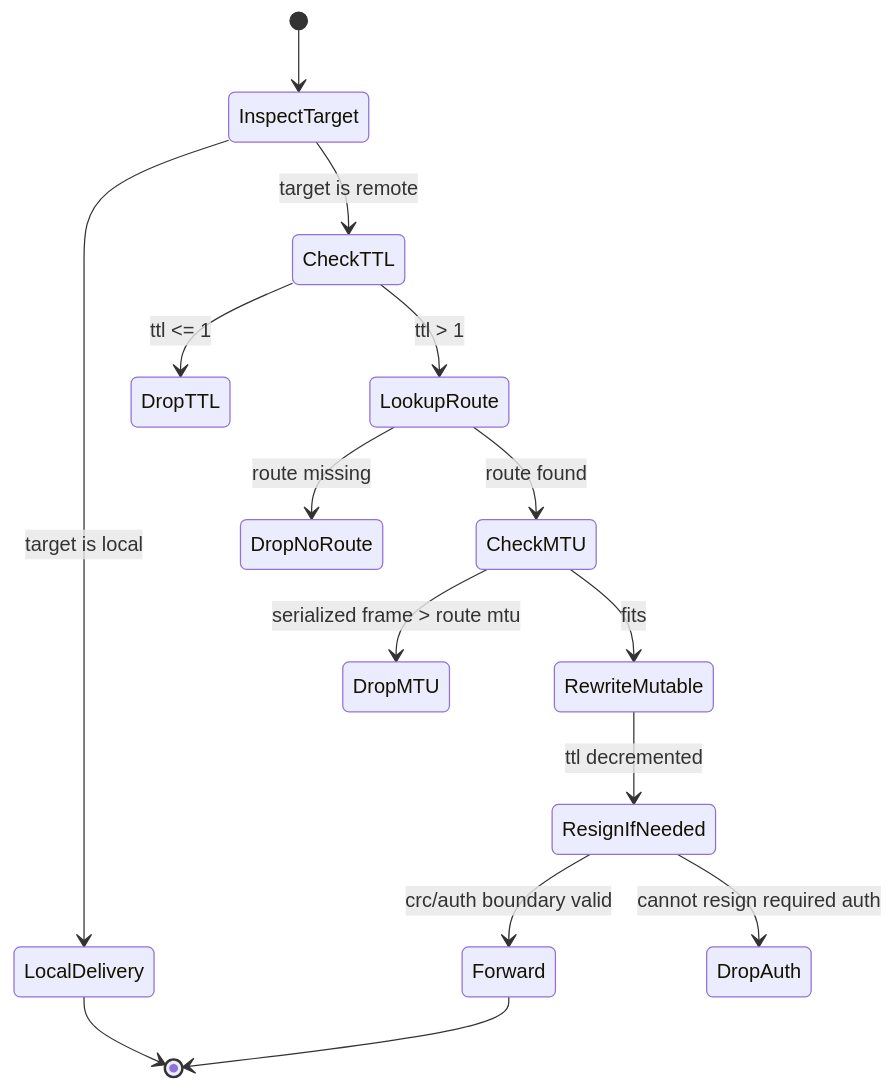
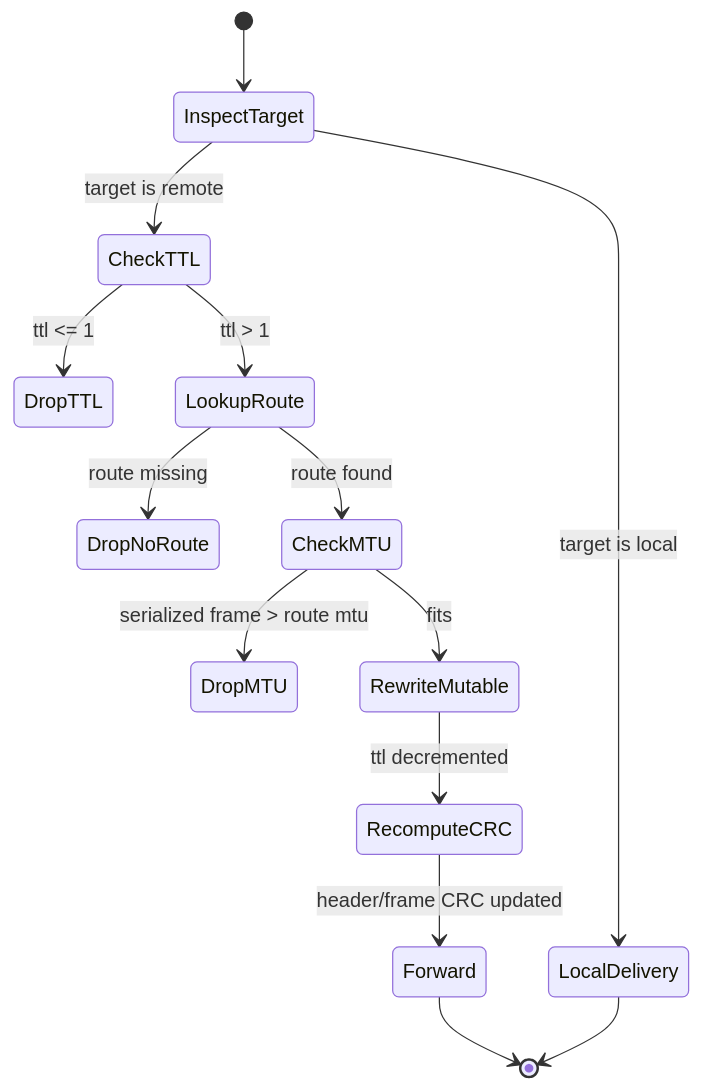
Before and after one commit to X-Gen-Lab/xgen-link: the third of 6 diagrams in docs/en/protocol/state-machines.md, drawn with Mermaid. The commit also changed other lines of this file and 15 other files, not shown here.

````diff
--- a/docs/en/protocol/state-machines.md
+++ b/docs/en/protocol/state-machines.md
@@ -52,17 +52,16 @@
 ```mermaid
 stateDiagram-v2
   [*] --> InspectTarget
   InspectTarget --> LocalDelivery: target is local
   InspectTarget --> CheckTTL: target is remote
   CheckTTL --> DropTTL: ttl <= 1
   CheckTTL --> LookupRoute: ttl > 1
   LookupRoute --> DropNoRoute: route missing
   LookupRoute --> CheckMTU: route found
   CheckMTU --> DropMTU: serialized frame > route mtu
   CheckMTU --> RewriteMutable: fits
-  RewriteMutable --> ResignIfNeeded: ttl decremented
-  ResignIfNeeded --> Forward: crc/auth boundary valid
-  ResignIfNeeded --> DropAuth: cannot resign required auth
+  RewriteMutable --> RecomputeCRC: ttl decremented
+  RecomputeCRC --> Forward: header/frame CRC updated
   Forward --> [*]
   LocalDelivery --> [*]
 ```
````
